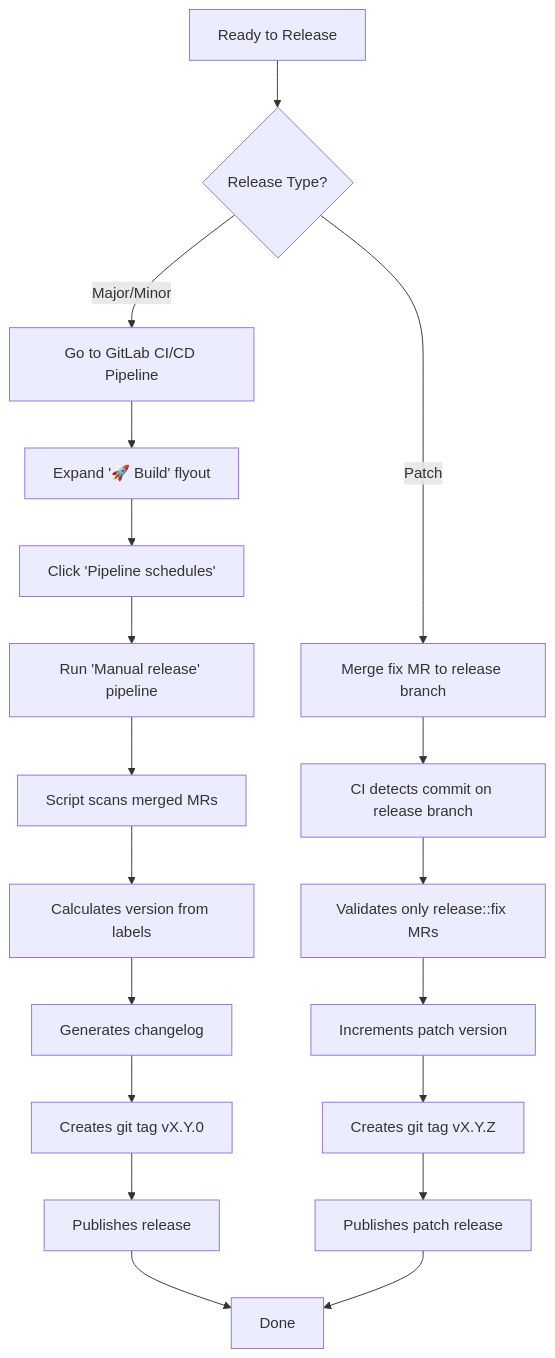
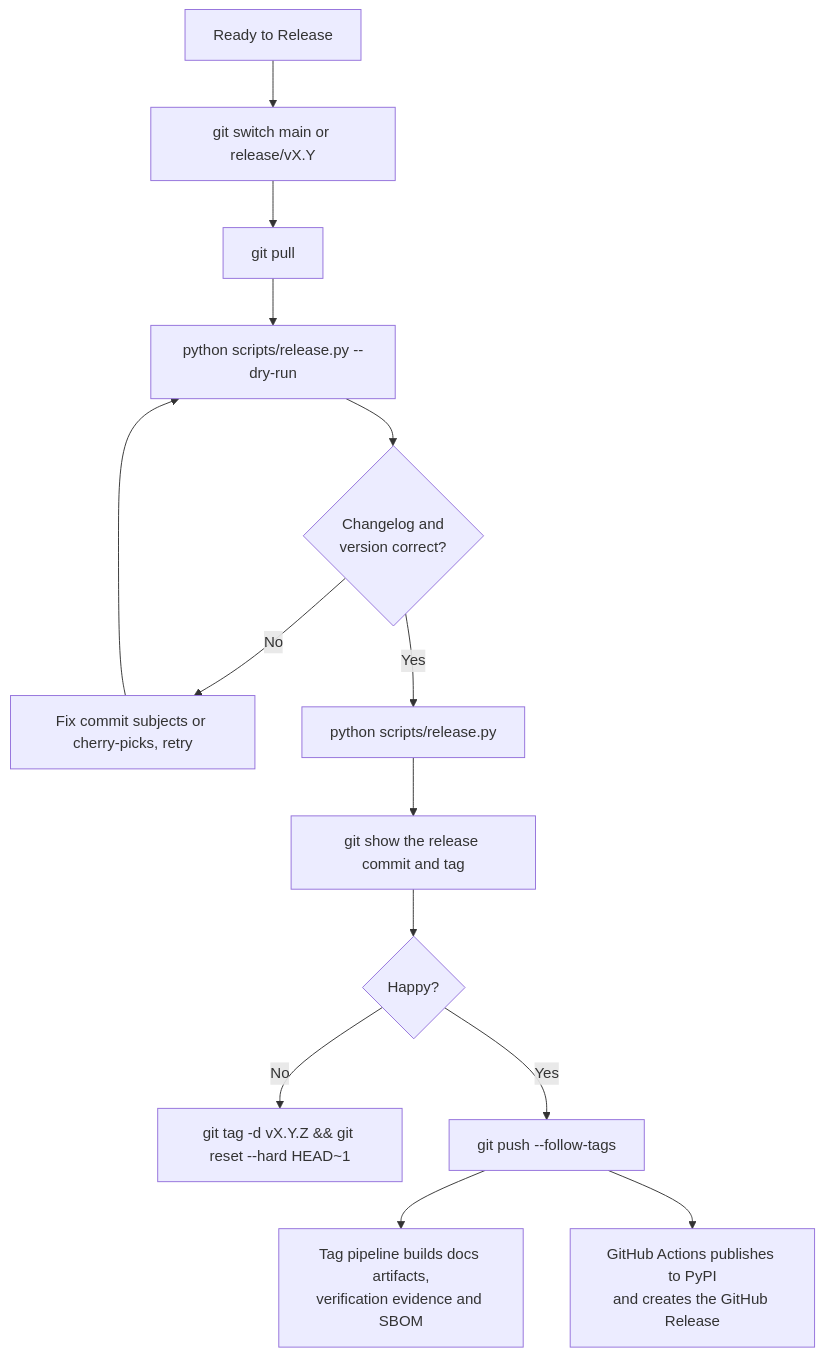
One commit to aria-ml/dataeval changed the fourth of 4 diagrams in BRANCHING.md. Above: the diagram before and after it, drawn with Mermaid. The commit also changed other lines of this file and 18 other files, not shown here.

Commit message:
[devops] Publish releases from version tags instead of pipeline variables

````diff
--- a/BRANCHING.md
+++ b/BRANCHING.md
@@ -265,21 +243,16 @@
 ```mermaid
 flowchart TD
-    A[Ready to Release] --> B{Release Type?}
-    B -->|Major/Minor| C[Go to GitLab CI/CD Pipeline]
-    B -->|Patch| D[Merge fix MR to release branch]
-    C --> E["Expand '🚀 Build' flyout"]
-    E --> F[Click 'Pipeline schedules']
-    F --> G[Run 'Manual release' pipeline]
-    G --> H[Script scans merged MRs]
-    H --> I[Calculates version from labels]
-    I --> J[Generates changelog]
-    J --> K[Creates git tag vX.Y.0]
-    K --> M[Publishes release]
-    M --> N[Done]
-    D --> O[CI detects commit on release branch]
-    O --> P[Validates only release::fix MRs]
-    P --> Q[Increments patch version]
-    Q --> R[Creates git tag vX.Y.Z]
-    R --> S[Publishes patch release]
-    S --> N
+    A[Ready to Release] --> B[git switch main or release/vX.Y]
+    B --> C[git pull]
+    C --> D[python scripts/release.py --dry-run]
+    D --> E{Changelog and<br/>version correct?}
+    E -->|No| F[Fix commit subjects or cherry-picks, retry]
+    F --> D
+    E -->|Yes| G[python scripts/release.py]
+    G --> H[git show the release commit and tag]
+    H --> I{Happy?}
+    I -->|No| J["git tag -d vX.Y.Z && git reset --hard HEAD~1"]
+    I -->|Yes| K[git push --follow-tags]
+    K --> L[Tag pipeline builds docs artifacts,<br/>verification evidence and SBOM]
+    K --> M[GitHub Actions publishes to PyPI<br/>and creates the GitHub Release]
 ```
````
